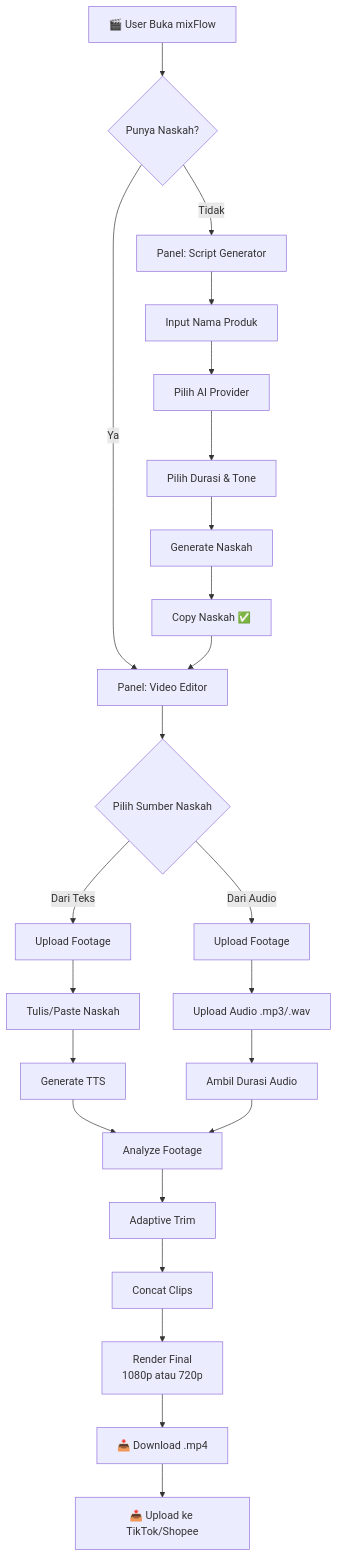
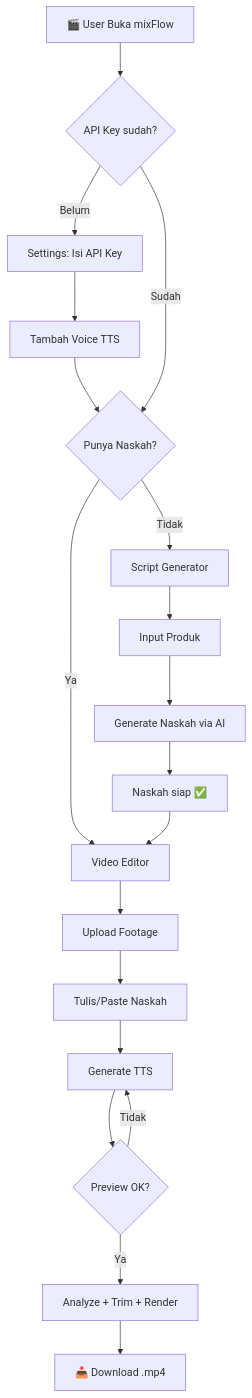
One commit to Muhira007/mixFlow-Studio changed the first of 4 diagrams in PRD.md. Above: the diagram before and after it, drawn with Mermaid. The commit also changed other lines of this file and 35 other files, not shown here.

First line of the commit message:
feat: complete v1.0-beta — SQLite storage, TTS preview, audio persistence, UI polish

````diff
--- a/PRD.md
+++ b/PRD.md
@@ -133,29 +64,24 @@
 ```mermaid
 flowchart TD
-    A[🎬 User Buka mixFlow] --> B{Punya Naskah?}
-    B -- Tidak --> C[Panel: Script Generator]
-    C --> C1[Input Nama Produk]
-    C1 --> C2[Pilih AI Provider]
-    C2 --> C3[Pilih Durasi & Tone]
-    C3 --> C4[Generate Naskah]
-    C4 --> C5[Copy Naskah ✅]
+    A[🎬 User Buka mixFlow] --> B{API Key sudah?}
+    B -- Belum --> S1[Settings: Isi API Key]
+    S1 --> S2[Tambah Voice TTS]
+    S2 --> C
 
-    B -- Ya --> D[Panel: Video Editor]
-    C5 --> D
+    B -- Sudah --> C{Punya Naskah?}
+    C -- Tidak --> G[Script Generator]
+    G --> G1[Input Produk]
+    G1 --> G2[Generate Naskah via AI]
+    G2 --> G3[Naskah siap ✅]
 
-    D --> D0{Pilih Sumber Naskah}
-    D0 -- Dari Teks --> D1[Upload Footage]
-    D1 --> D2[Tulis/Paste Naskah]
-    D2 --> D3[Generate TTS]
-    D0 -- Dari Audio --> D1a[Upload Footage]
-    D1a --> D2a[Upload Audio .mp3/.wav]
-    D2a --> D3a[Ambil Durasi Audio]
+    C -- Ya --> V[Video Editor]
+    G3 --> V
 
-    D3 --> D4[Analyze Footage]
-    D3a --> D4
-    D4 --> D5[Adaptive Trim]
-    D5 --> D6[Concat Clips]
-    D6 --> D7[Render Final<br/>1080p atau 720p]
-    D7 --> E[📥 Download .mp4]
-    E --> F[📤 Upload ke TikTok/Shopee]
+    V --> V1[Upload Footage]
+    V1 --> V2[Tulis/Paste Naskah]
+    V2 --> V3[Generate TTS]
+    V3 --> V4{Preview OK?}
+    V4 -- Ya --> V5[Analyze + Trim + Render]
+    V4 -- Tidak --> V3
+    V5 --> D[📥 Download .mp4]
 ```
````
